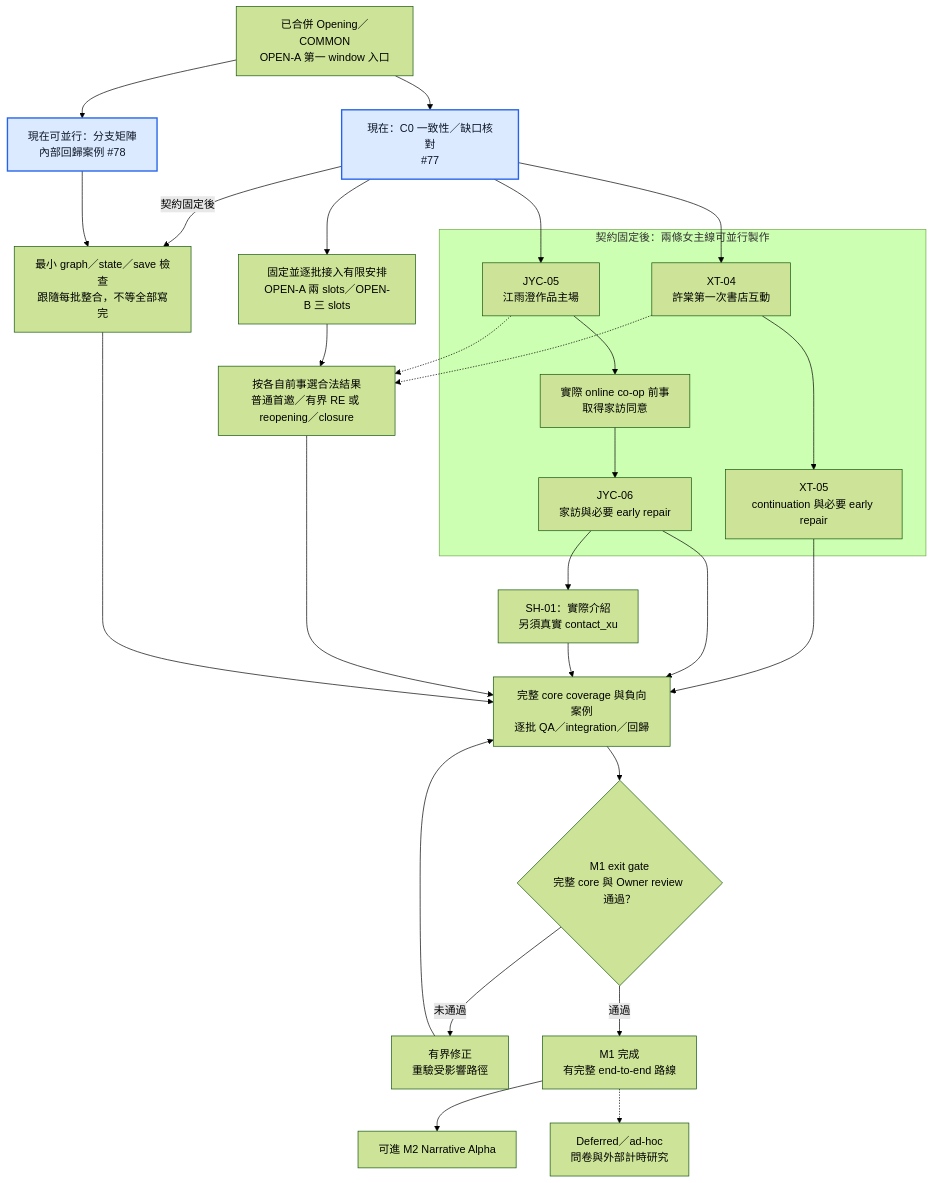
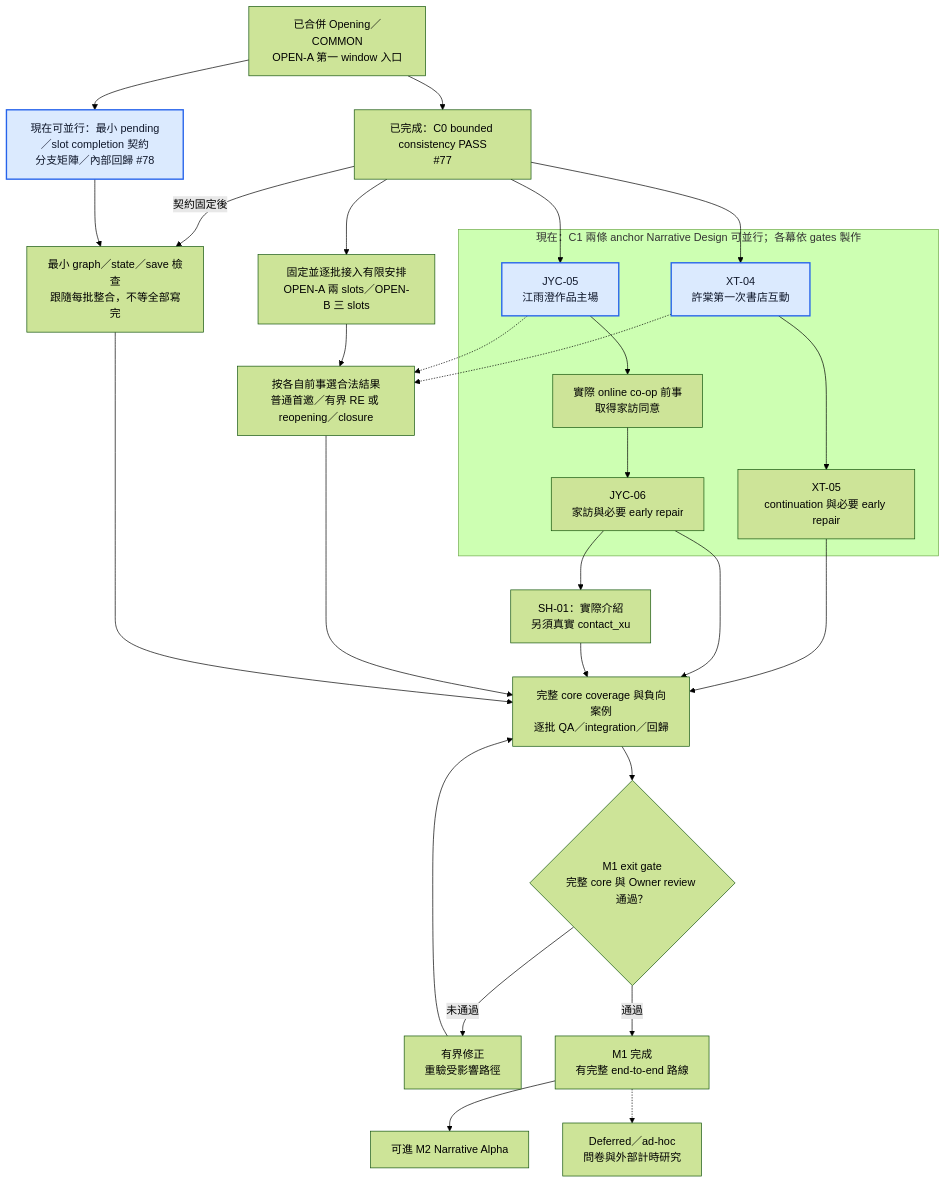
Before and after one commit to TsungmingLiu/seventeen-floor-neighbor: the second of 4 diagrams in ROADMAP.md, drawn with Mermaid (forest theme). The commit also changed other lines of this file and 3 other files, not shown here.

````diff
--- a/ROADMAP.md
+++ b/ROADMAP.md
@@ -468,37 +468,37 @@
 ```mermaid
 flowchart TD
-    BASE["已合併 Opening／COMMON<br/>OPEN-A 第一 window 入口"] --> C0["現在：C0 一致性／缺口核對<br/>#77"]
-    BASE --> PREP["現在可並行：分支矩陣<br/>內部回歸案例 #78"]
+    BASE["已合併 Opening／COMMON<br/>OPEN-A 第一 window 入口"] --> C0["已完成：C0 bounded consistency PASS<br/>#77"]
+    BASE --> PREP["現在可並行：最小 pending／slot completion 契約<br/>分支矩陣／內部回歸 #78"]
 
-    subgraph AUTHOR["契約固定後：兩條女主線可並行製作"]
+    subgraph AUTHOR["現在：C1 兩條 anchor Narrative Design 可並行；各幕依 gates 製作"]
         X4["XT-04<br/>許棠第一次書店互動"] --> X5["XT-05<br/>continuation 與必要 early repair"]
         J5["JYC-05<br/>江雨澄作品主場"] --> COOP["實際 online co-op 前事<br/>取得家訪同意"]
         COOP --> J6["JYC-06<br/>家訪與必要 early repair"]
     end
 
     C0 --> X4
     C0 --> J5
     C0 --> SLOTS["固定並逐批接入有限安排<br/>OPEN-A 兩 slots／OPEN-B 三 slots"]
     J6 --> SH["SH-01：實際介紹<br/>另須真實 contact_xu"]
     SLOTS --> RETURN["按各自前事選合法結果<br/>普通首邀／有界 RE 或 reopening／closure"]
     X4 -.-> RETURN
     J5 -.-> RETURN
 
     C0 -->|"契約固定後"| CHECKS["最小 graph／state／save 檢查<br/>跟隨每批整合，不等全部寫完"]
     PREP --> CHECKS
     X5 --> INTERNAL["完整 core coverage 與負向案例<br/>逐批 QA／integration／回歸"]
     J6 --> INTERNAL
     SH --> INTERNAL
     RETURN --> INTERNAL
     CHECKS --> INTERNAL
 
     INTERNAL --> GATE{"M1 exit gate<br/>完整 core 與 Owner review 通過？"}
     GATE -->|"未通過"| FIX["有界修正<br/>重驗受影響路徑"]
     FIX --> INTERNAL
     GATE -->|"通過"| DONE["M1 完成<br/>有完整 end-to-end 路線"]
     DONE --> NEXT["可進 M2 Narrative Alpha"]
     DONE -.-> RESEARCH["Deferred／ad-hoc<br/>問卷與外部計時研究"]
 
     classDef now fill:#dbeafe,stroke:#2563eb,stroke-width:2px,color:#0f172a;
-    class C0,PREP now;
+    class X4,J5,PREP now;
 ```
````
